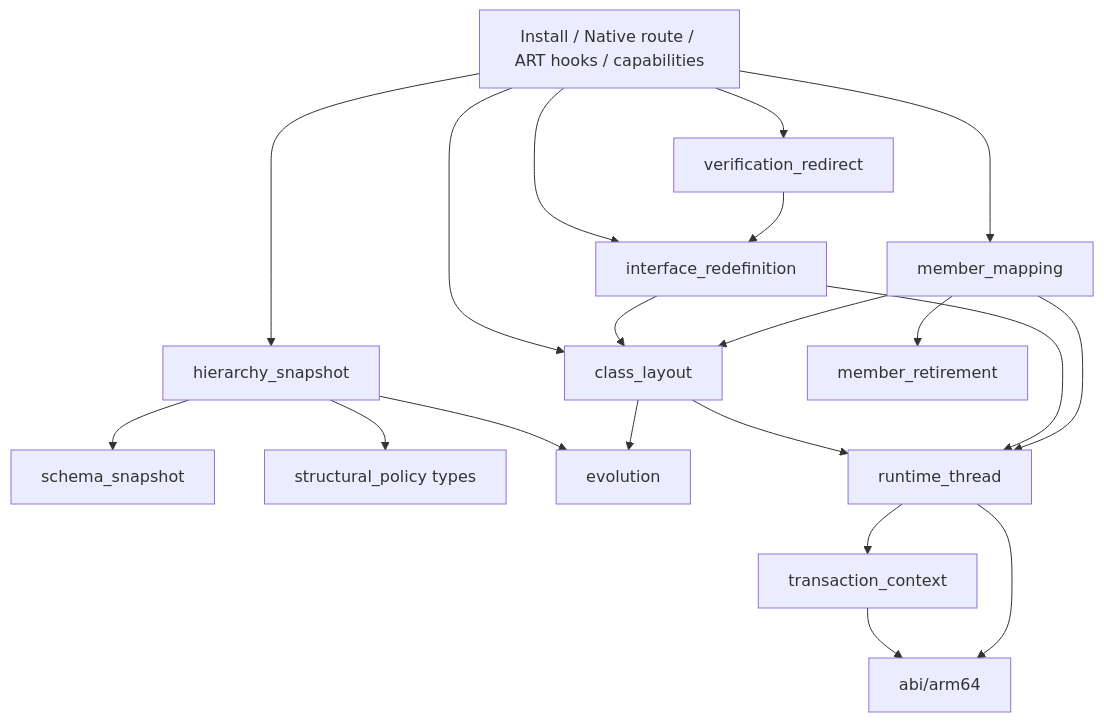
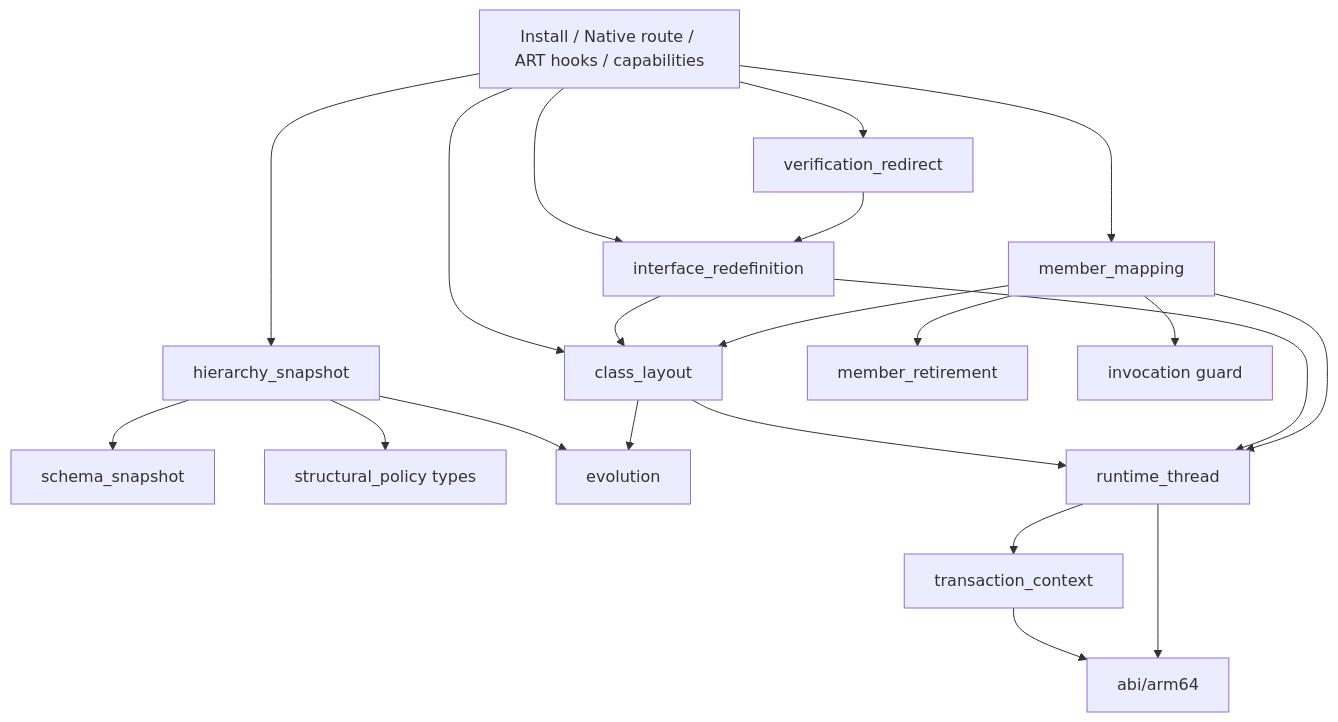
Before and after one commit to ytlog/art-dcevm: the diagram in docs/STRUCTURAL_REDEFINE_ENGINE.en.md, drawn with Mermaid. The commit also changed other lines of this file and 3 other files, not shown here.

````diff
--- a/docs/STRUCTURAL_REDEFINE_ENGINE.en.md
+++ b/docs/STRUCTURAL_REDEFINE_ENGINE.en.md
@@ -461,22 +461,23 @@
 ```mermaid
 flowchart TD
     engine[Install / Native route / ART hooks / capabilities] --> mapping[member_mapping]
     engine --> verify[verification_redirect]
     engine --> interface[interface_redefinition]
     engine --> layout[class_layout]
     engine --> hierarchy[hierarchy_snapshot]
     hierarchy --> schema[schema_snapshot]
     hierarchy --> policy[structural_policy types]
     hierarchy --> evolution[evolution]
     verify --> interface
     layout --> evolution
     interface --> layout
     mapping --> layout
     mapping --> retirement[member_retirement]
+    mapping --> invocation_guard[invocation guard]
     layout --> thread[runtime_thread]
     interface --> thread
     mapping --> thread
     thread --> context[transaction_context]
     context --> abi[abi/arm64]
     thread --> abi
 ```
````
